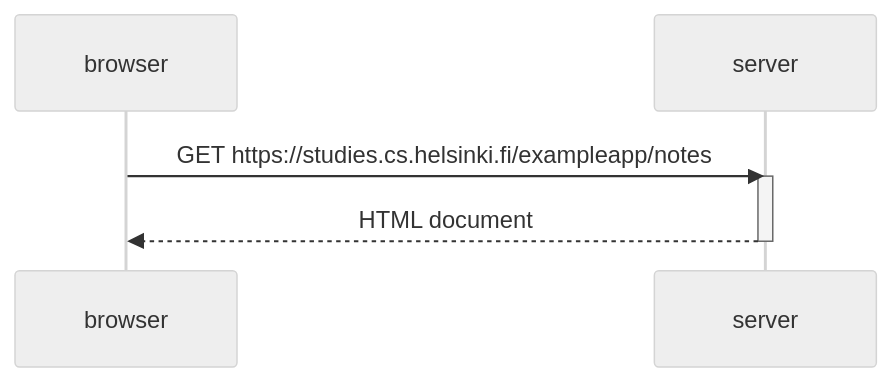
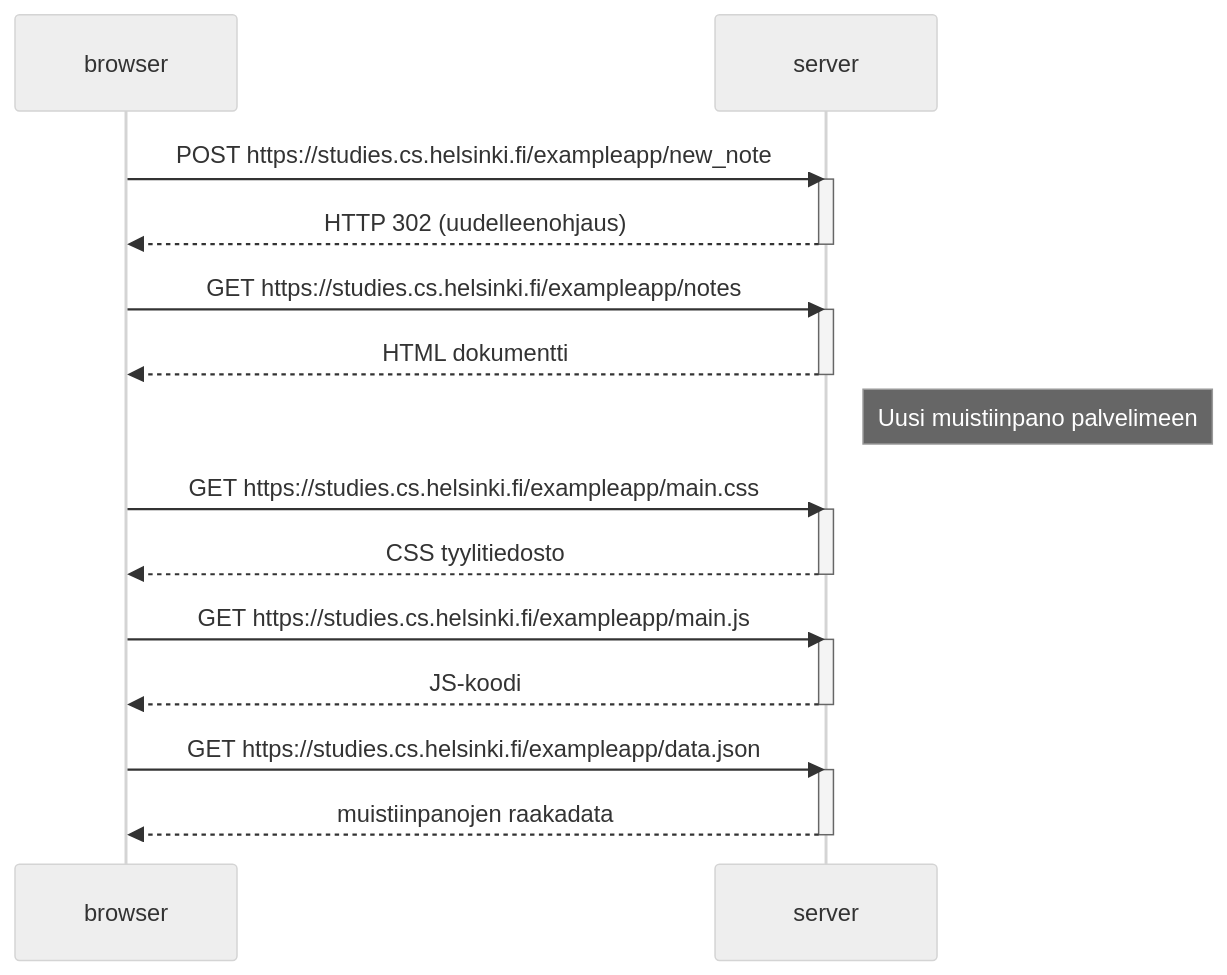
Before and after one commit to AKoivisto/Fullstack24: the diagram in osa0/0.4_uusi_muistiinpano.md, drawn with Mermaid (neutral theme).

````diff
--- a/osa0/0.4_uusi_muistiinpano.md
+++ b/osa0/0.4_uusi_muistiinpano.md
@@ -1,10 +1,32 @@
 ```mermaid
 sequenceDiagram
     participant browser
     participant server
 
+    browser->>server: POST https://studies.cs.helsinki.fi/exampleapp/new_note
+    activate server
+    server-->>browser: HTTP 302 (uudelleenohjaus)
+    deactivate server
+
     browser->>server: GET https://studies.cs.helsinki.fi/exampleapp/notes
     activate server
-    server-->>browser: HTML document
+    server-->>browser: HTML dokumentti
+    deactivate server
+
+    Note right of server: Uusi muistiinpano palvelimeen
+
+    browser->>server: GET https://studies.cs.helsinki.fi/exampleapp/main.css
+    activate server
+    server-->>browser: CSS tyylitiedosto
+    deactivate server
+
+    browser->>server: GET https://studies.cs.helsinki.fi/exampleapp/main.js
+    activate server
+    server-->>browser: JS-koodi
+    deactivate server
+
+    browser->>server: GET https://studies.cs.helsinki.fi/exampleapp/data.json
+    activate server
+    server-->>browser: muistiinpanojen raakadata
     deactivate server
 ```
````
